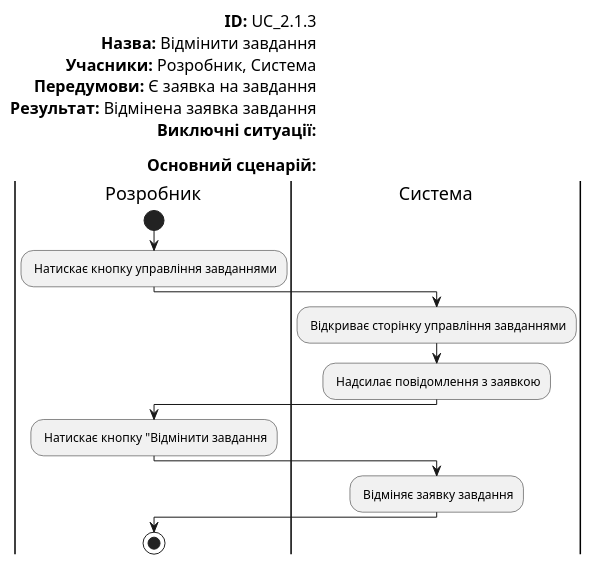
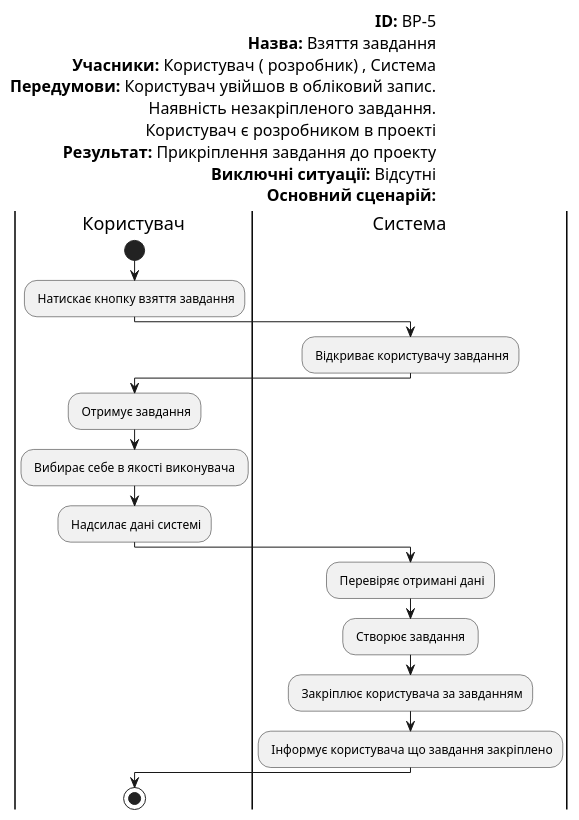
The seventh of 9 diagrams in docs/use cases/README.md (edu-db/edu_db_labs), drawn with PlantUML before and after one commit. The commit also changed other lines of this file, not shown here.

```diff
--- a/docs/use cases/README.md
+++ b/docs/use cases/README.md
@@ -319,26 +355,39 @@
 @startuml
 
     left header
-    <font color=000 size=16><b>ID:</b> UC_2.1.3
-    <font color=000 size=16><b>Назва:</b> Відмінити завдання
-    <font color=000 size=16><b>Учасники:</b> Розробник, Система
-    <font color=000 size=16><b>Передумови:</b> Є заявка на завдання
-    <font color=000 size=16><b>Результат:</b> Відмінена заявка завдання
-    <font color=000 size=16><b>Виключні ситуації:</b>
-
-    <font color=000 size=16><b>Основний сценарій:</b>
+<font color=000 size=16><b>ID:</b> ВP-5
+<font color=000 size=16><b>Назва:</b> Взяття завдання
+<font color=000 size=16><b>Учасники:</b> Користувач ( розробник) , Система
+<font color=000 size=16><b>Передумови:</b> Користувач увійшов в обліковий запис.
+<font color=000 size=16>Наявність незакріпленого завдання.
+<font color=000 size=16>Користувач є розробником в проекті
+<font color=000 size=16><b>Результат:</b> Прикріплення завдання до проекту
+<font color=000 size=16><b>Виключні ситуації:</b> Відсутні
+<font color=000 size=16><b>Основний сценарій:</b>
 end header
 
-    |Розробник|
-        start
-        : Натискає кнопку управління завданнями;
-    |Система|
-        : Відкриває сторінку управління завданнями;
-        : Надсилає повідомлення з заявкою;
-    |Розробник|
-        : Натискає кнопку "Відмінити завдання;
-    |Система|   
-        : Відміняє заявку завдання;
-    |Розробник|
-        stop;
+|Користувач|
+    start
+    : Натискає кнопку взяття завдання;
+|Система|
+    : Відкриває користувачу завдання;
+|Користувач|
+    : Отримує завдання;
+|Користувач|
+    : Вибирає себе в якості виконувача ;
+|Користувач|
+    : Надсилає дані системі;
+|Система|   
+    : Перевіряє отримані дані;
+    
+
+|Система|   
+    : Створює завдання ;
+ 
+    : Закріплює користувача за завданням;
+    
+    : Інформує користувача що завдання закріплено;
+    
+|Користувач|
+    stop;
 @enduml
```
